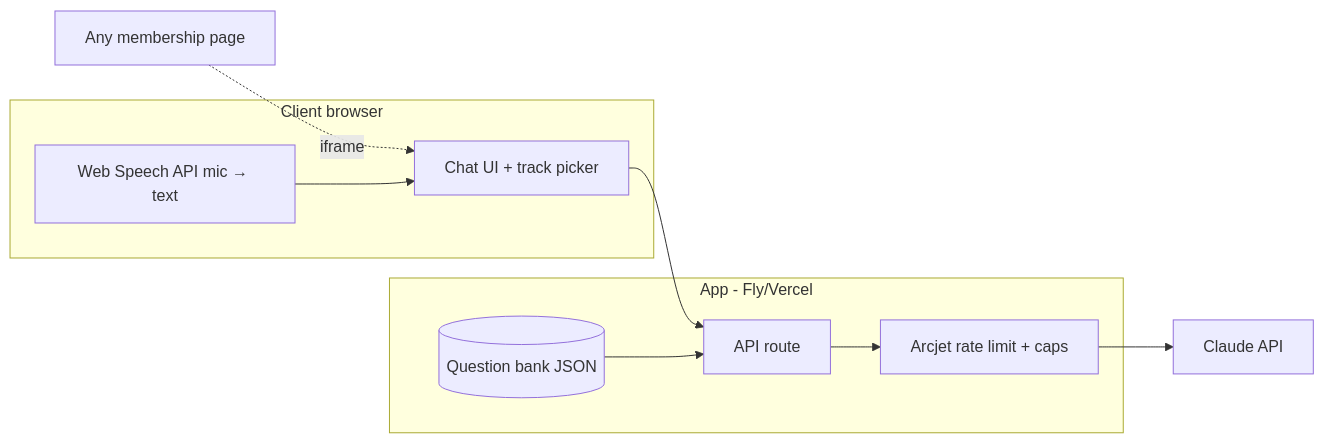
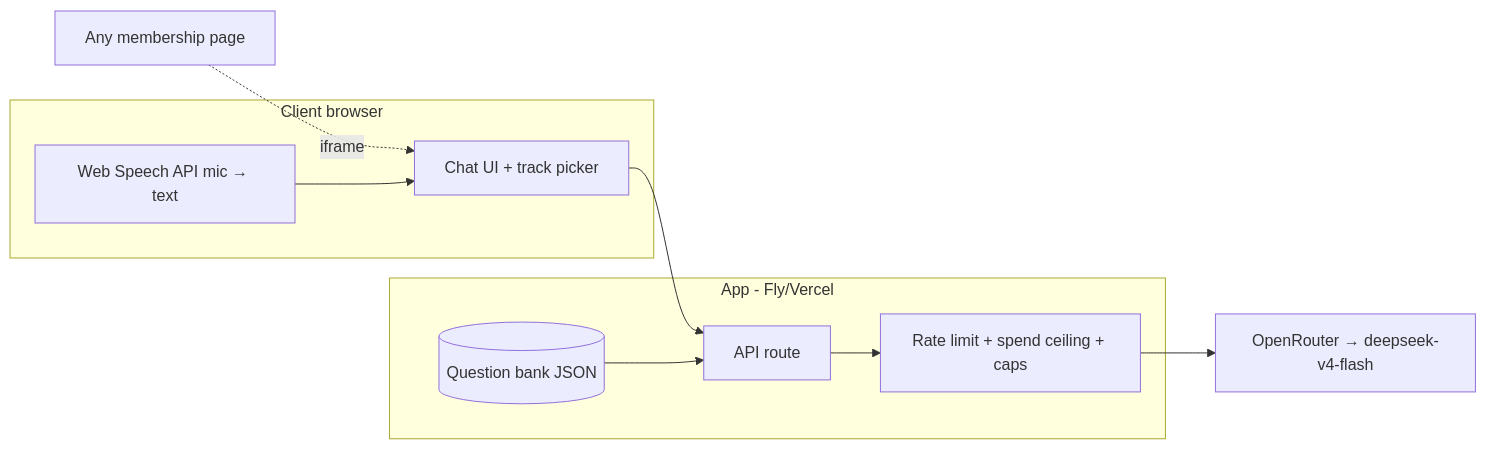
One commit to emily-kang-personal/interviewer-chatbot changed the first of 2 diagrams in SPEC.md. Above: the diagram before and after it, drawn with Mermaid. The commit also changed other lines of this file and 8 other files, not shown here.

Commit message:
Working demo: mock interview app (OpenRouter deepseek-v4-flash, STAR/technical rubrics, follow-ups, session report, Web Speech input, spend ceiling)

````diff
--- a/SPEC.md
+++ b/SPEC.md
@@ -51,16 +54,16 @@
 ```mermaid
 graph LR
     subgraph Client browser
         UI[Chat UI + track picker]
         MIC[Web Speech API mic → text]
     end
     subgraph App - Fly/Vercel
         API[API route]
-        ARJ[Arcjet rate limit + caps]
+        LIM[Rate limit + spend ceiling + caps]
         QB[(Question bank JSON)]
     end
-    CLAUDE[Claude API]
+    OR[OpenRouter → deepseek-v4-flash]
     EMBED[Any membership page] -. iframe .-> UI
-    MIC --> UI --> API --> ARJ --> CLAUDE
+    MIC --> UI --> API --> LIM --> OR
     QB --> API
 ```
````
